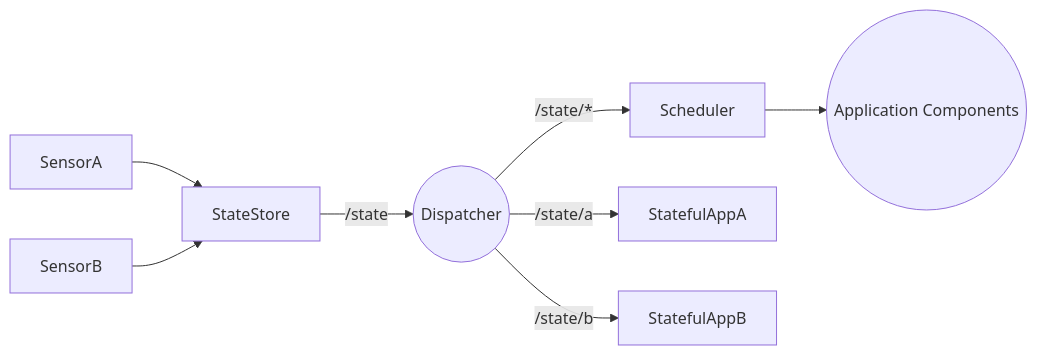
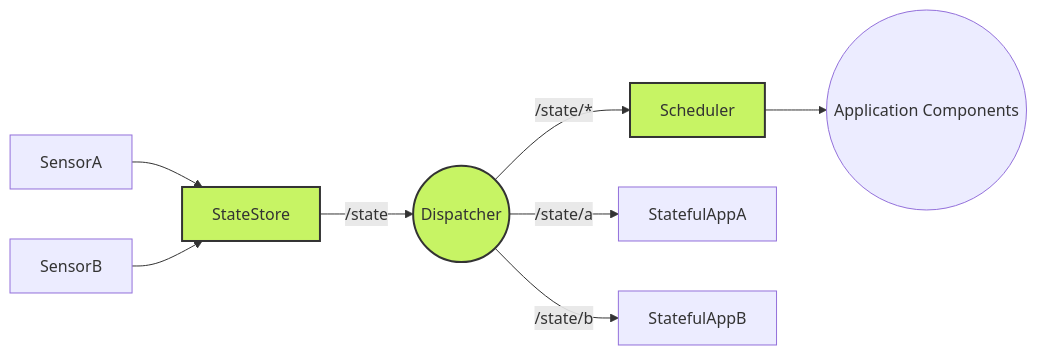
The diagram in core.mermaid (asbjornenge/dux), drawn with Mermaid before and after one commit. The commit also changed 2 other files, not shown here.

```diff
--- a/core.mermaid
+++ b/core.mermaid
@@ -1,14 +1,19 @@
 graph LR;
 
 	StateStore;
 	Dispatcher((Dispatcher));
 	Scheduler;
 	Applications((Application Components));
 
 	StateStore -->|/state| Dispatcher
     Dispatcher -->|/state/a| StatefulAppA
 	Dispatcher -->|/state/*| Scheduler
     Dispatcher -->|/state/b| StatefulAppB
 	Scheduler --> Applications
     SensorA --> StateStore
     SensorB --> StateStore
+
+    classDef core fill:#C7F464,stroke:#333,stroke-width:2px;
+    classDef sensor fill:#4ECDC4,stroke:#333,stroke-width:2px;
+
+    class StateStore,Dispatcher,Scheduler core
```
